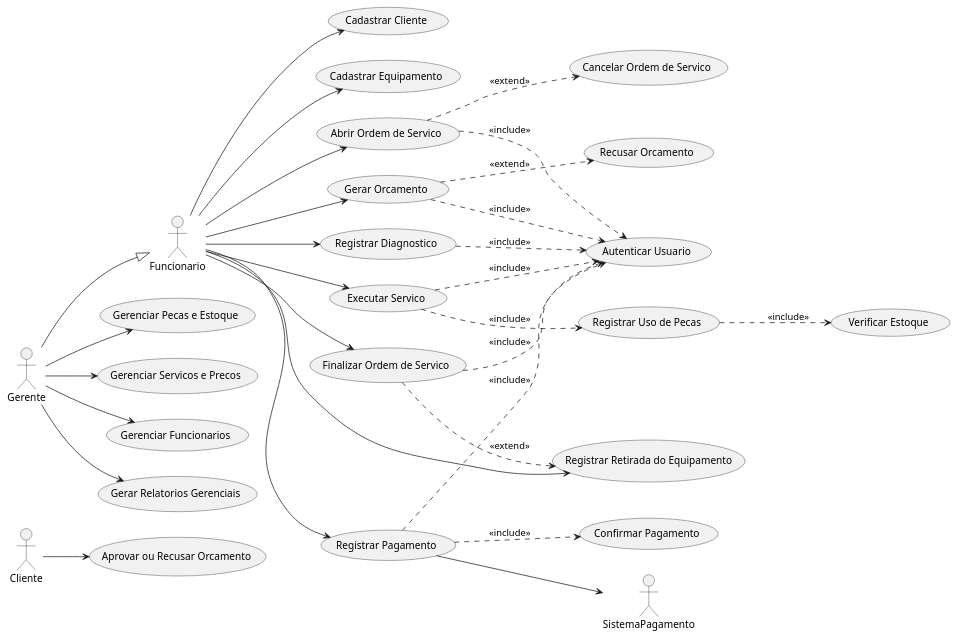
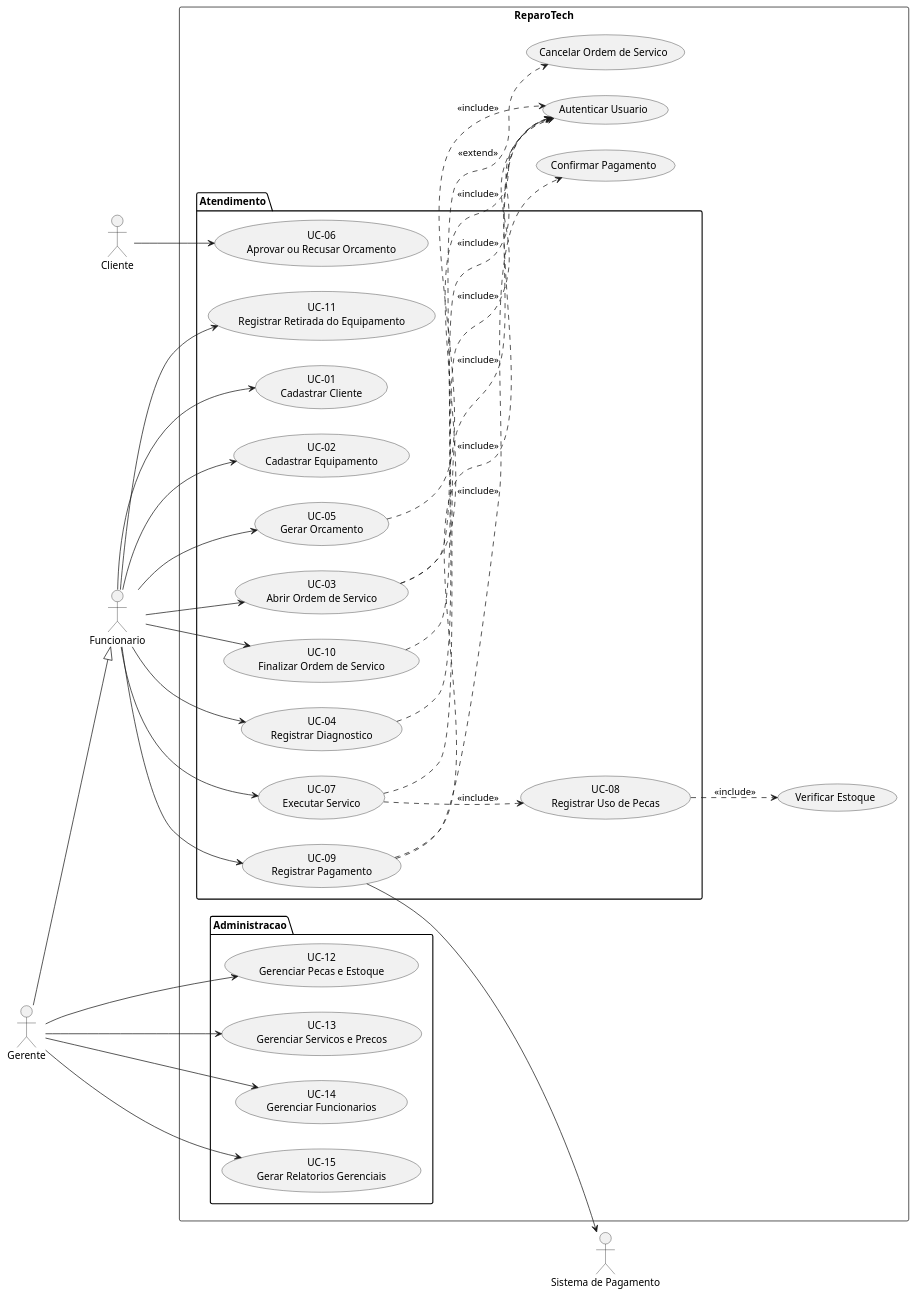
The diagram in Projeto Final/docs/diagramas-puml/01-casos-de-uso.puml (vicenzofms/Projeto-de-Software-PUC-2026-1), drawn with PlantUML before and after one commit. The commit also changed 42 other files, not shown here.

Commit message:
feat: mudanças em vários diagramas

```diff
--- a/Projeto Final/docs/diagramas-puml/01-casos-de-uso.puml
+++ b/Projeto Final/docs/diagramas-puml/01-casos-de-uso.puml
@@ -1,50 +1,70 @@
 @startuml
 left to right direction
 
 actor Cliente
 actor Funcionario
 actor Gerente
-actor SistemaPagamento
+actor "Sistema de Pagamento" as SP
 
-' --- Operações do Funcionário ---
-Funcionario --> (Cadastrar Cliente)
-Funcionario --> (Cadastrar Equipamento)
-Funcionario --> (Abrir Ordem de Servico)
-Funcionario --> (Registrar Diagnostico)
-Funcionario --> (Gerar Orcamento)
-Funcionario --> (Executar Servico)
-Funcionario --> (Registrar Pagamento)
-Funcionario --> (Finalizar Ordem de Servico)
-Funcionario --> (Registrar Retirada do Equipamento)
+Gerente --|> Funcionario
 
-' --- Cliente ---
-Cliente --> (Aprovar ou Recusar Orcamento)
+rectangle "ReparoTech" {
+  package "Atendimento" {
+    usecase "UC-01\nCadastrar Cliente" as UC01
+    usecase "UC-02\nCadastrar Equipamento" as UC02
+    usecase "UC-03\nAbrir Ordem de Servico" as UC03
+    usecase "UC-04\nRegistrar Diagnostico" as UC04
+    usecase "UC-05\nGerar Orcamento" as UC05
+    usecase "UC-06\nAprovar ou Recusar Orcamento" as UC06
+    usecase "UC-07\nExecutar Servico" as UC07
+    usecase "UC-08\nRegistrar Uso de Pecas" as UC08
+    usecase "UC-09\nRegistrar Pagamento" as UC09
+    usecase "UC-10\nFinalizar Ordem de Servico" as UC10
+    usecase "UC-11\nRegistrar Retirada do Equipamento" as UC11
+  }
 
-' --- Gerente herda do Funcionario ---
-Gerente --|> Funcionario
-Gerente --> (Gerenciar Pecas e Estoque)
-Gerente --> (Gerenciar Servicos e Precos)
-Gerente --> (Gerenciar Funcionarios)
-Gerente --> (Gerar Relatorios Gerenciais)
+  package "Administracao" {
+    usecase "UC-12\nGerenciar Pecas e Estoque" as UC12
+    usecase "UC-13\nGerenciar Servicos e Precos" as UC13
+    usecase "UC-14\nGerenciar Funcionarios" as UC14
+    usecase "UC-15\nGerar Relatorios Gerenciais" as UC15
+  }
 
-' --- Sistema de Pagamento ---
-(Registrar Pagamento) --> SistemaPagamento
+  usecase "Autenticar Usuario" as UCAuth
+  usecase "Verificar Estoque" as UCEstoque
+  usecase "Confirmar Pagamento" as UCConfPag
+  usecase "Cancelar Ordem de Servico" as UCCancel
+}
 
-' --- Relações <<include>> ---
-(Abrir Ordem de Servico) ..> (Autenticar Usuario) : <<include>>
-(Registrar Diagnostico) ..> (Autenticar Usuario) : <<include>>
-(Gerar Orcamento) ..> (Autenticar Usuario) : <<include>>
-(Executar Servico) ..> (Autenticar Usuario) : <<include>>
-(Registrar Pagamento) ..> (Autenticar Usuario) : <<include>>
-(Finalizar Ordem de Servico) ..> (Autenticar Usuario) : <<include>>
+Funcionario --> UC01
+Funcionario --> UC02
+Funcionario --> UC03
+Funcionario --> UC04
+Funcionario --> UC05
+Funcionario --> UC07
+Funcionario --> UC09
+Funcionario --> UC10
+Funcionario --> UC11
 
-(Executar Servico) ..> (Registrar Uso de Pecas) : <<include>>
-(Registrar Uso de Pecas) ..> (Verificar Estoque) : <<include>>
-(Registrar Pagamento) ..> (Confirmar Pagamento) : <<include>>
+Cliente --> UC06
 
-' --- Relações <<extend>> ---
-(Abrir Ordem de Servico) ..> (Cancelar Ordem de Servico) : <<extend>>
-(Gerar Orcamento) ..> (Recusar Orcamento) : <<extend>>
-(Finalizar Ordem de Servico) ..> (Registrar Retirada do Equipamento) : <<extend>>
+Gerente --> UC12
+Gerente --> UC13
+Gerente --> UC14
+Gerente --> UC15
 
+UC09 --> SP
+
+UC03 ..> UCAuth : <<include>>
+UC04 ..> UCAuth : <<include>>
+UC05 ..> UCAuth : <<include>>
+UC07 ..> UCAuth : <<include>>
+UC09 ..> UCAuth : <<include>>
+UC10 ..> UCAuth : <<include>>
+
+UC07 ..> UC08 : <<include>>
+UC08 ..> UCEstoque : <<include>>
+UC09 ..> UCConfPag : <<include>>
+
+UC03 ..> UCCancel : <<extend>>
 @enduml
```
